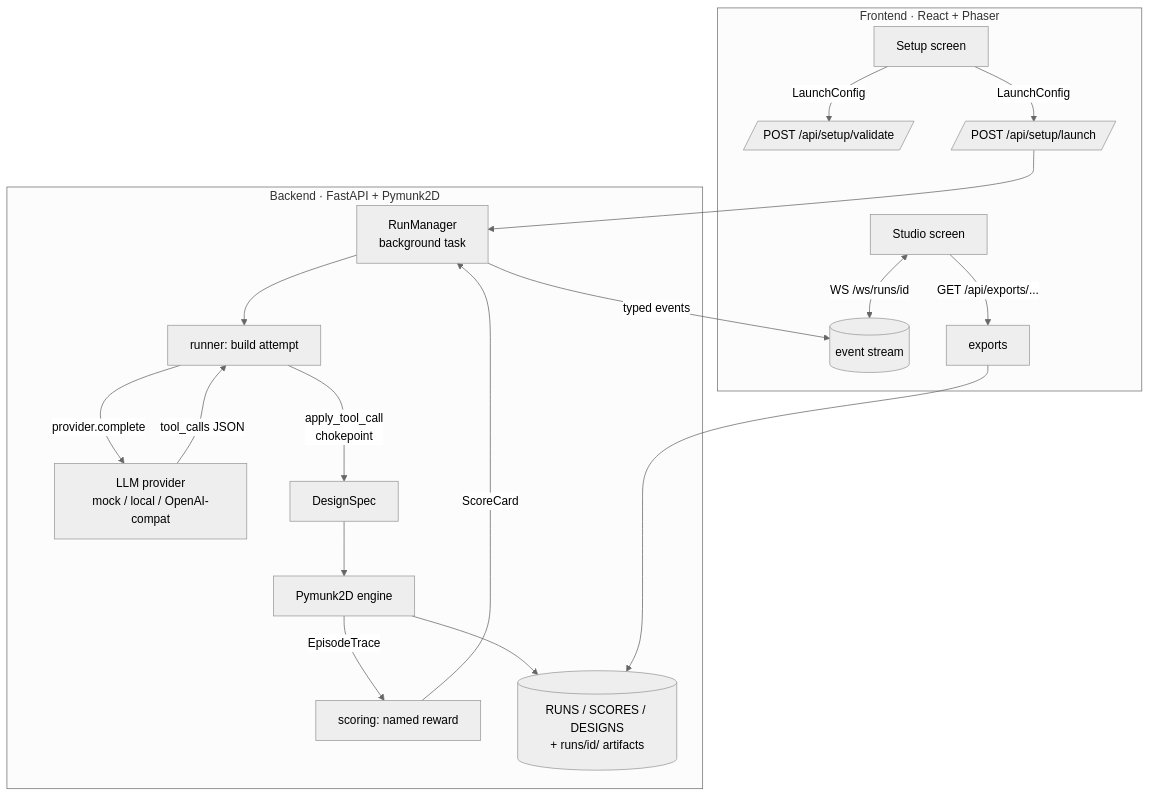
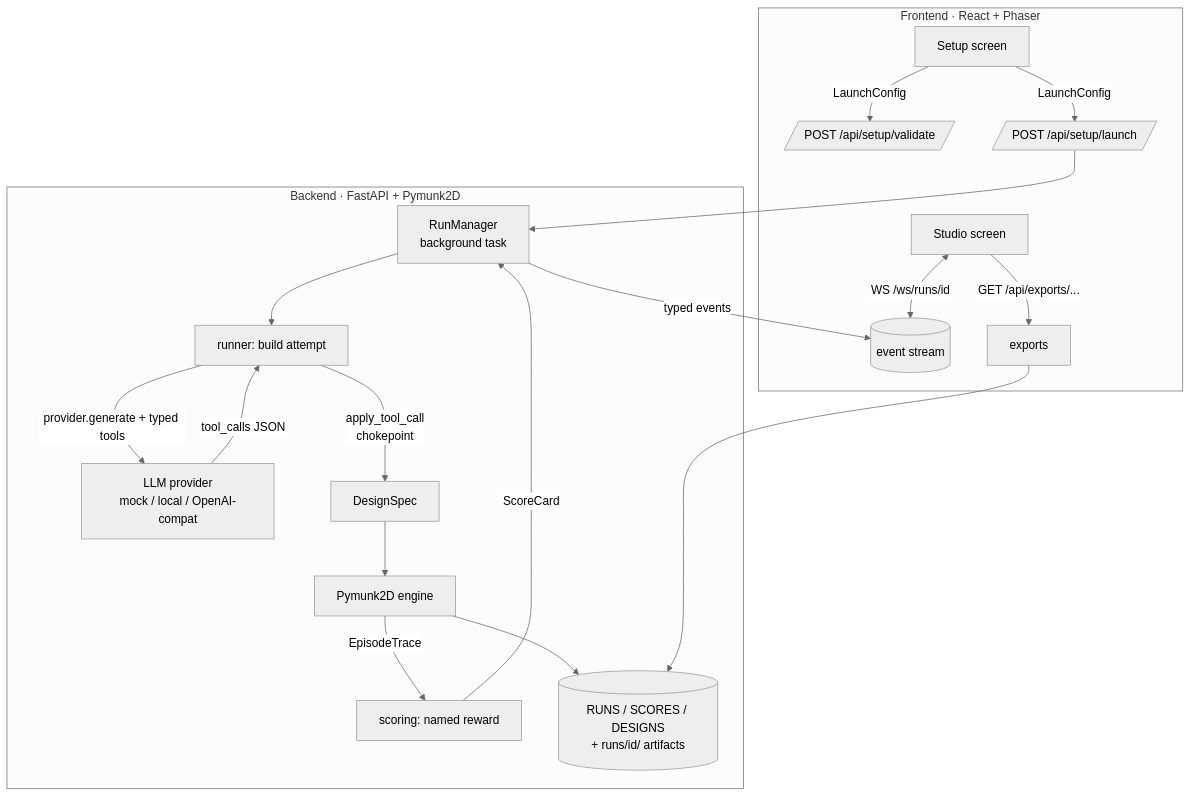
The diagram in docs/ARCHITECTURE.md (iodriller/Agentarium), drawn with Mermaid (neutral theme) before and after one commit. The commit also changed other lines of this file and 67 other files, not shown here.

````diff
--- a/docs/ARCHITECTURE.md
+++ b/docs/ARCHITECTURE.md
@@ -17,23 +17,23 @@
 ```mermaid
 flowchart TD
     subgraph Frontend [Frontend · React + Phaser]
         S[Setup screen] -->|LaunchConfig| V[/POST /api/setup/validate/]
         S -->|LaunchConfig| L[/POST /api/setup/launch/]
         ST[Studio screen] <-->|WS /ws/runs/id| WS
         ST -->|GET /api/exports/...| EX
     end
 
     subgraph Backend [Backend · FastAPI + Pymunk2D]
         L --> RM[RunManager<br/>background task]
         RM --> RUN[runner: build attempt]
-        RUN -->|provider.complete| P[LLM provider<br/>mock / local / OpenAI-compat]
+        RUN -->|provider.generate + typed tools| P[LLM provider<br/>mock / local / OpenAI-compat]
         P -->|tool_calls JSON| RUN
         RUN -->|apply_tool_call<br/>chokepoint| D[DesignSpec]
         D --> ENG[Pymunk2D engine]
         ENG -->|EpisodeTrace| SC[scoring: named reward]
         SC -->|ScoreCard| RM
         RM -->|typed events| WS[(event stream)]
         ENG --> STORE[(RUNS / SCORES / DESIGNS<br/>+ runs/id/ artifacts)]
         EX[exports] --> STORE
     end
 ```
````
